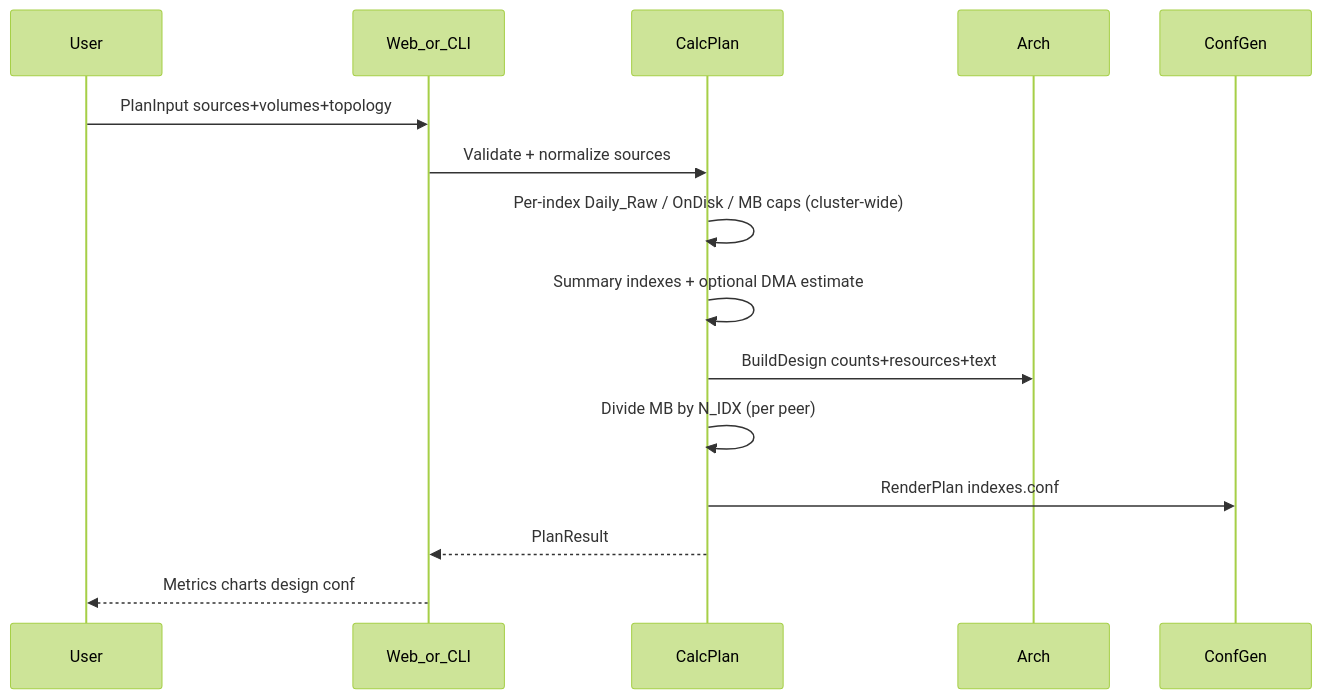
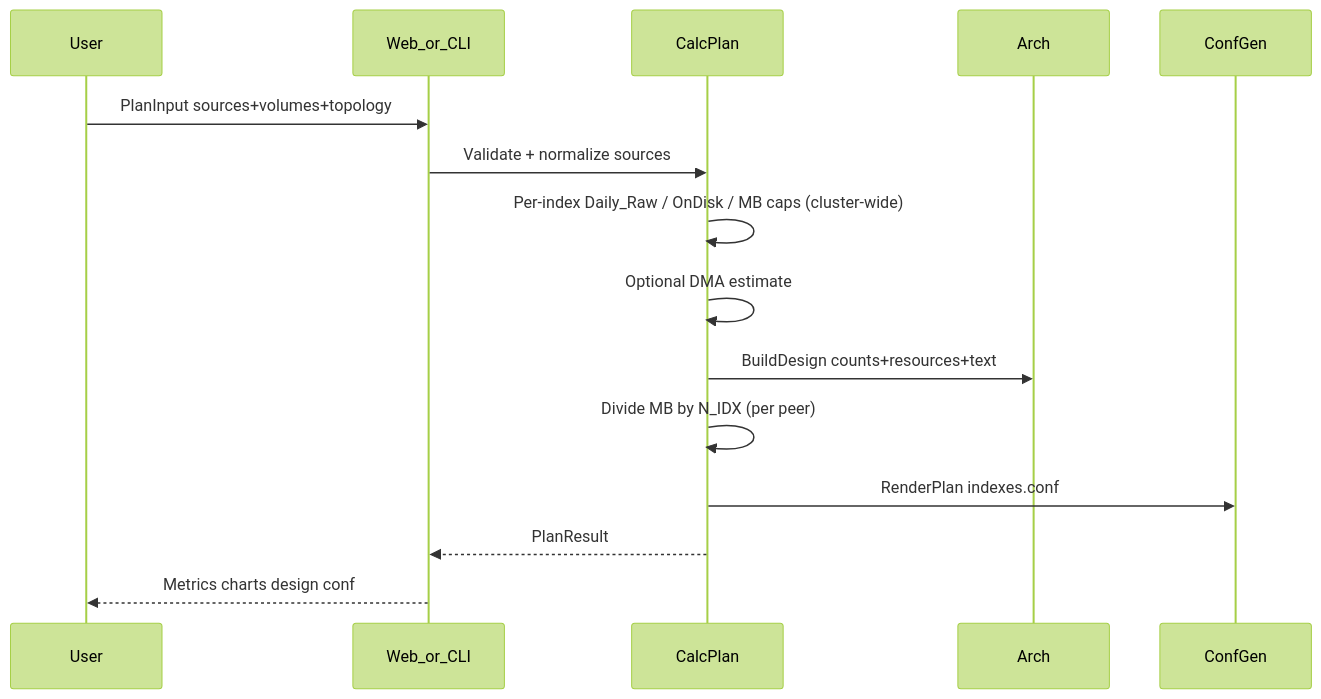
One commit to Mohammad-Mirasadollahi/splunk-capacity-planning changed the diagram in scpcalc/docs/03-Logic-and-Formulas.md. Above: the diagram before and after it, drawn with Mermaid (forest theme). The commit also changed other lines of this file and 51 other files, not shown here.

First line of the commit message:
refactor: remove summary index sizing; DMA-only on volume:summaries

````diff
--- a/scpcalc/docs/03-Logic-and-Formulas.md
+++ b/scpcalc/docs/03-Logic-and-Formulas.md
@@ -19,18 +19,18 @@
 ```mermaid
 sequenceDiagram
   participant U as User
   participant W as Web_or_CLI
   participant E as CalcPlan
   participant A as Arch
   participant G as ConfGen
 
   U->>W: PlanInput sources+volumes+topology
   W->>E: Validate + normalize sources
   E->>E: Per-index Daily_Raw / OnDisk / MB caps (cluster-wide)
-  E->>E: Summary indexes + optional DMA estimate
+  E->>E: Optional DMA estimate
   E->>A: BuildDesign counts+resources+text
   E->>E: Divide MB by N_IDX (per peer)
   E->>G: RenderPlan indexes.conf
   E-->>W: PlanResult
   W-->>U: Metrics charts design conf
 ```
````
